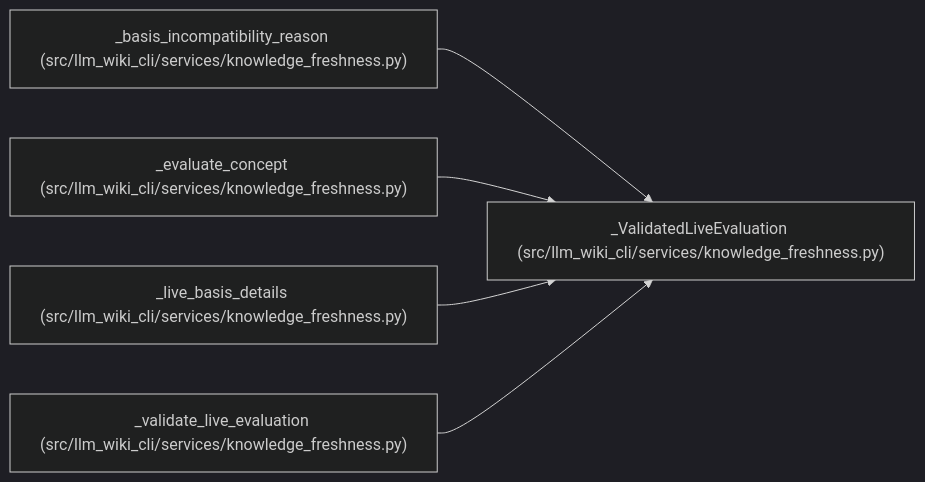
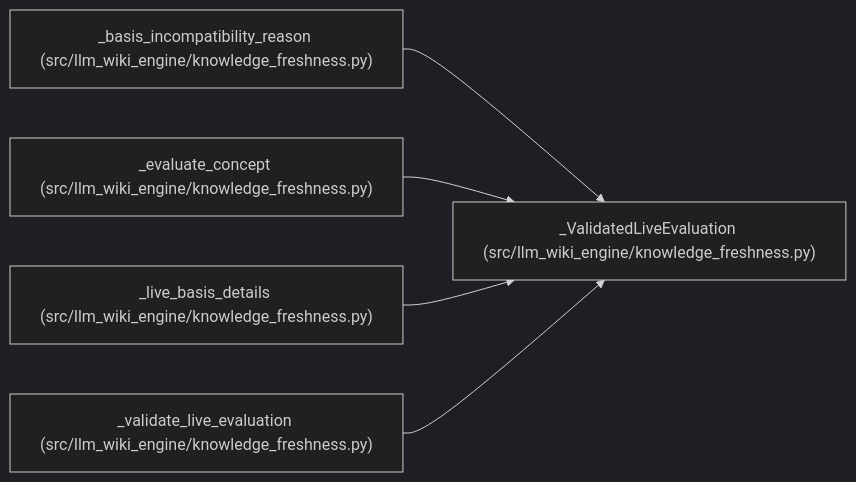
Before and after one commit to Denissvgn/python-wiki-llm: the diagram in docs/llm_wiki/entities/ValidatedLiveEvaluation.md, drawn with Mermaid (dark theme). The commit also changed other lines of this file and 1058 other files, not shown here.

First line of the commit message:
docs: refresh the wiki for the knowledge store move

````diff
--- a/docs/llm_wiki/entities/ValidatedLiveEvaluation.md
+++ b/docs/llm_wiki/entities/ValidatedLiveEvaluation.md
@@ -33,17 +33,17 @@
 ```mermaid
 flowchart LR
-    n0["_ValidatedLiveEvaluation (src/llm_wiki_cli/services/knowledge_freshness.py)"]
-    n1["_basis_incompatibility_reason (src/llm_wiki_cli/services/knowledge_freshness.py)"]
-    n2["_evaluate_concept (src/llm_wiki_cli/services/knowledge_freshness.py)"]
-    n3["_live_basis_details (src/llm_wiki_cli/services/knowledge_freshness.py)"]
-    n4["_validate_live_evaluation (src/llm_wiki_cli/services/knowledge_freshness.py)"]
+    n0["_ValidatedLiveEvaluation (src/llm_wiki_engine/knowledge_freshness.py)"]
+    n1["_basis_incompatibility_reason (src/llm_wiki_engine/knowledge_freshness.py)"]
+    n2["_evaluate_concept (src/llm_wiki_engine/knowledge_freshness.py)"]
+    n3["_live_basis_details (src/llm_wiki_engine/knowledge_freshness.py)"]
+    n4["_validate_live_evaluation (src/llm_wiki_engine/knowledge_freshness.py)"]
     n1 --> n0
     n2 --> n0
     n3 --> n0
     n4 --> n0
     click n0 "../modules/knowledge_freshness.md"
     click n1 "../modules/knowledge_freshness.md"
     click n2 "../modules/knowledge_freshness.md"
     click n3 "../modules/knowledge_freshness.md"
     click n4 "../modules/knowledge_freshness.md"
 ```
````
